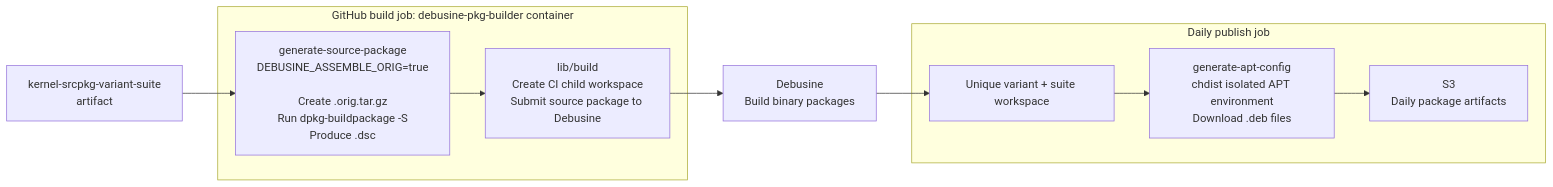
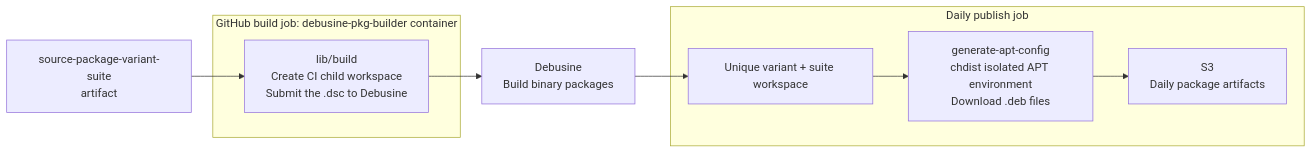
One commit to qualcomm-linux/pkg-linux-qcom changed the fourth of 6 diagrams in README.md. Above: the diagram before and after it, drawn with Mermaid. The commit also changed other lines of this file, not shown here.

First line of the commit message:
docs: describe the source-package build path

````diff
--- a/README.md
+++ b/README.md
@@ -347,17 +353,16 @@
 ```mermaid
 flowchart LR
-    ART["kernel-srcpkg-variant-suite\nartifact"] --> GSP
+    ART["source-package-variant-suite\nartifact"] --> SUBMIT
 
     subgraph source[GitHub build job: debusine-pkg-builder container]
-        GSP["generate-source-package\nDEBUSINE_ASSEMBLE_ORIG=true\n\nCreate .orig.tar.gz\nRun dpkg-buildpackage -S\nProduce .dsc"] --> SUBMIT
-        SUBMIT["lib/build\nCreate CI child workspace\nSubmit source package to Debusine"]
+        SUBMIT["lib/build\nCreate CI child workspace\nSubmit the .dsc to Debusine"]
     end
 
     SUBMIT --> DEB["Debusine\nBuild binary packages"]
     DEB --> WS["Unique variant + suite workspace"]
 
     subgraph publish[Daily publish job]
         WS --> APT["generate-apt-config\nchdist isolated APT environment\nDownload .deb files"]
         APT --> S3["S3\nDaily package artifacts"]
     end
 ```
````
